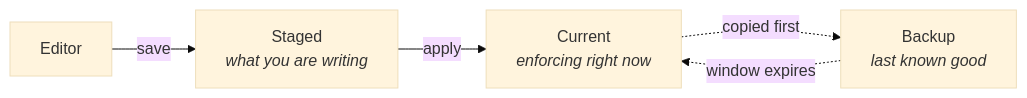
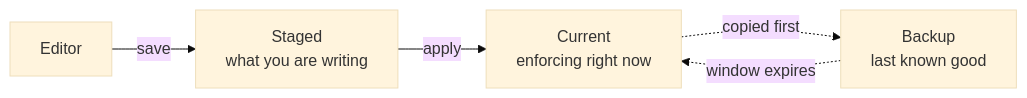
Before and after one commit to jp1337/easywall: the diagram in docs/_diagrams/rule-states.mmd, drawn with Mermaid (base theme). The commit also changed 41 other files, not shown here.

```diff
--- a/docs/_diagrams/rule-states.mmd
+++ b/docs/_diagrams/rule-states.mmd
@@ -1,5 +1,5 @@
 flowchart LR
-  E["Editor"] -->|"save"| S["Staged<br/><i>what you are writing</i>"]
-  S -->|"apply"| C["Current<br/><i>enforcing right now</i>"]
-  C -.->|"copied first"| B["Backup<br/><i>last known good</i>"]
+  E["Editor"] -->|"save"| S["Staged<br/>what you are writing"]
+  S -->|"apply"| C["Current<br/>enforcing right now"]
+  C -.->|"copied first"| B["Backup<br/>last known good"]
   B -.->|"window expires"| C
```
